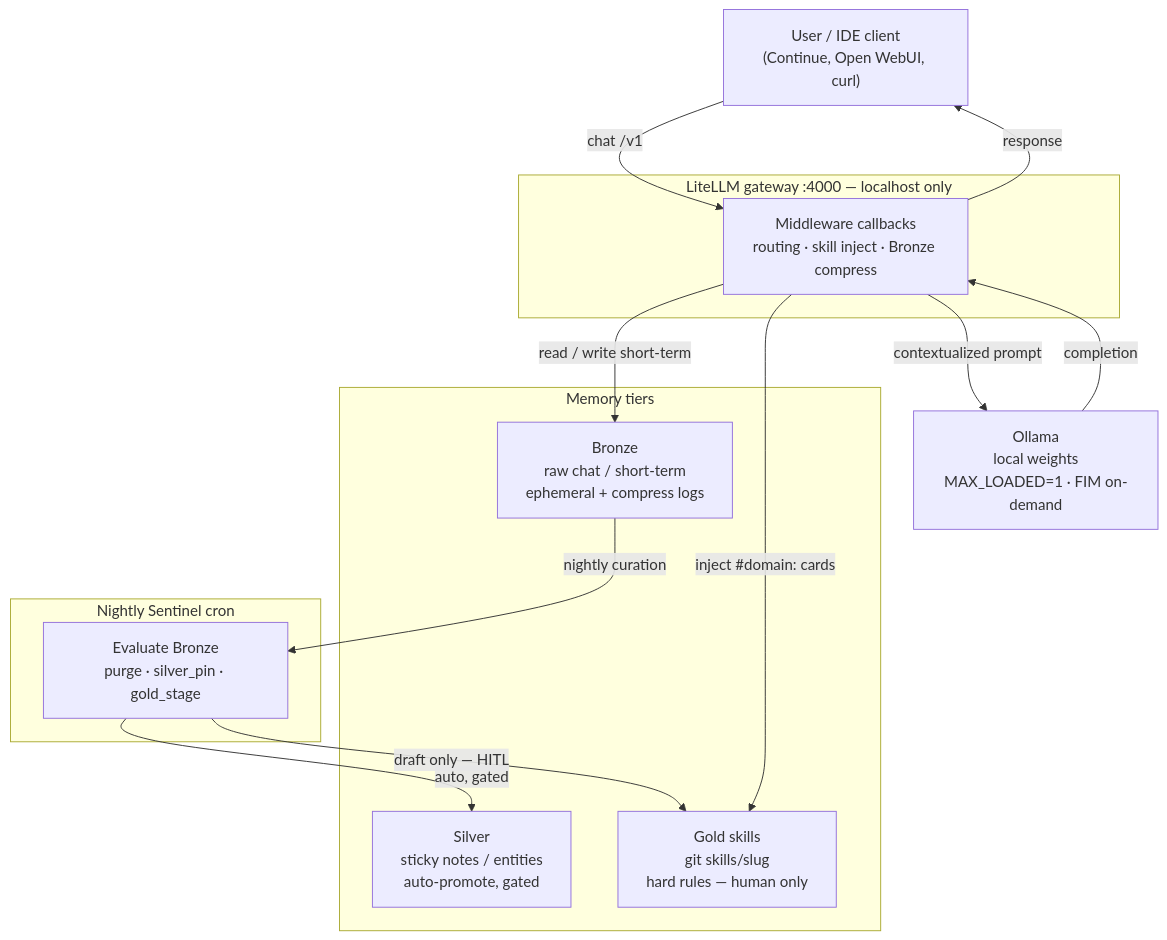
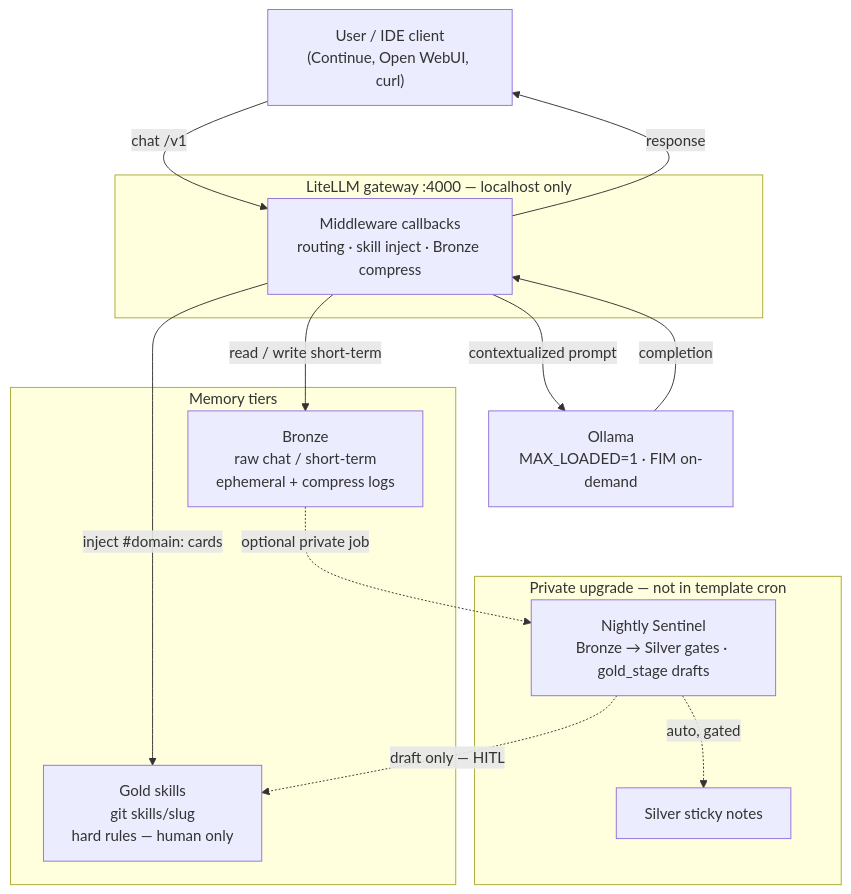
Before and after one commit to cad2040/alfred-homelab: the diagram in docs/architecture.md, drawn with Mermaid. The commit also changed other lines of this file and 27 other files, not shown here.

````diff
--- a/docs/architecture.md
+++ b/docs/architecture.md
@@ -27,31 +29,31 @@
 ```mermaid
 flowchart TB
   U["User / IDE client<br/>(Continue, Open WebUI, curl)"]
 
   subgraph GATE["LiteLLM gateway :4000 — localhost only"]
     MW["Middleware callbacks<br/>routing · skill inject · Bronze compress"]
   end
 
   subgraph MEM["Memory tiers"]
     B["Bronze<br/>raw chat / short-term<br/>ephemeral + compress logs"]
-    S["Silver<br/>sticky notes / entities<br/>auto-promote, gated"]
     G["Gold skills<br/>git skills/slug<br/>hard rules — human only"]
   end
 
-  subgraph CRON["Nightly Sentinel cron"]
-    N["Evaluate Bronze<br/>purge · silver_pin · gold_stage"]
+  subgraph PRIVATE["Private upgrade — not in template cron"]
+    N["Nightly Sentinel<br/>Bronze → Silver gates · gold_stage drafts"]
+    S["Silver sticky notes"]
   end
 
-  OLL["Ollama<br/>local weights<br/>MAX_LOADED=1 · FIM on-demand"]
+  OLL["Ollama<br/>MAX_LOADED=1 · FIM on-demand"]
 
   U -->|"chat /v1"| MW
   MW -->|"read / write short-term"| B
   MW -->|"inject #domain: cards"| G
   MW -->|"contextualized prompt"| OLL
   OLL -->|"completion"| MW
   MW -->|"response"| U
 
-  B -->|"nightly curation"| N
-  N -->|"auto, gated"| S
-  N -->|"draft only — HITL"| G
+  B -.->|"optional private job"| N
+  N -.->|"auto, gated"| S
+  N -.->|"draft only — HITL"| G
 ```
````
